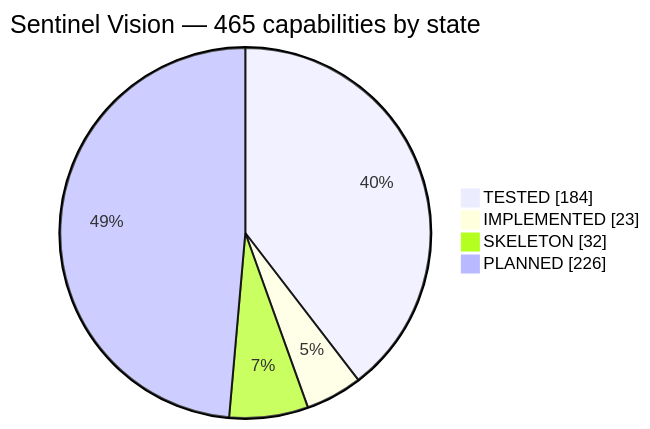
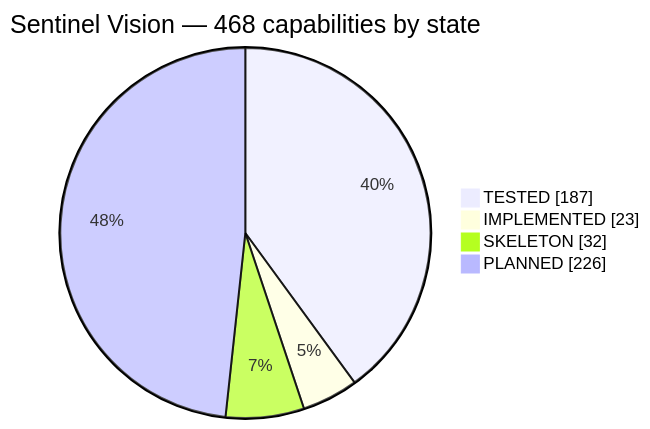
The first of 3 diagrams in FEATURES.md (haidar-farhat/V.I.G.I.L._Vision_Intelligence_and_Geospatial_ncident_Layer), drawn with Mermaid before and after one commit. The commit also changed other lines of this file and 20 other files, not shown here.

````diff
--- a/FEATURES.md
+++ b/FEATURES.md
@@ -46,8 +46,8 @@
 ```mermaid
 pie showData
-    title Sentinel Vision — 465 capabilities by state
-    "TESTED" : 184
+    title Sentinel Vision — 468 capabilities by state
+    "TESTED" : 187
     "IMPLEMENTED" : 23
     "SKELETON" : 32
     "PLANNED" : 226
 ```
````
